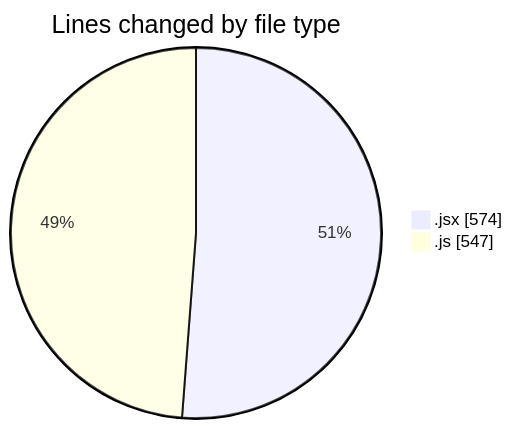
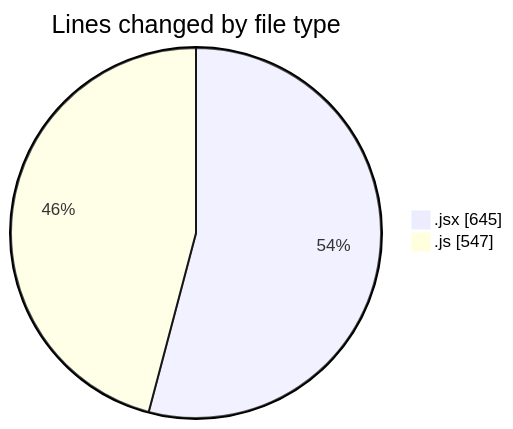
Before and after one commit to nxtqubesakshisongat/code-tracking: the first of 2 diagrams in 2025-06-05/nxtqube_webapp/README.md, drawn with Mermaid. The commit also changed other lines of this file and 1 other file, not shown here.

````diff
--- a/2025-06-05/nxtqube_webapp/README.md
+++ b/2025-06-05/nxtqube_webapp/README.md
@@ -27,6 +27,6 @@
 ```mermaid
 pie showData
 title Lines changed by file type
-".jsx" : 574
+".jsx" : 645
 ".js" : 547
 ```
````
